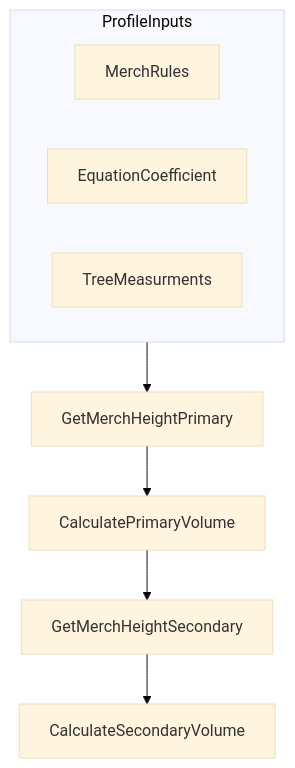
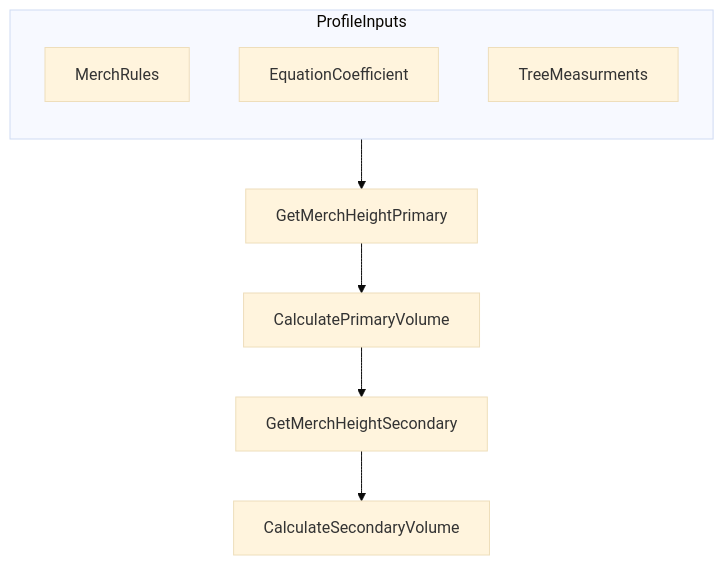
The second of 3 diagrams in docs/NewVolLibPlanning/VolumeCalulationFlow.md (FMSC-Measurements/VolumeLibrary), drawn with Mermaid (base theme) before and after one commit. The commit also changed other lines of this file, not shown here.

````diff
--- a/docs/NewVolLibPlanning/VolumeCalulationFlow.md
+++ b/docs/NewVolLibPlanning/VolumeCalulationFlow.md
@@ -24,13 +29,13 @@
 ```mermaid
 flowchart TB
     ProfileInputs -->
             GetMerchHeightPrimary --> CalculatePrimaryVolume --> GetMerchHeightSecondary --> CalculateSecondaryVolume
 
     subgraph ProfileInputs
-            direction LR
+            direction TB
             MerchRules
             EquationCoefficient
             TreeMeasurments
             end
             
 ```
````
